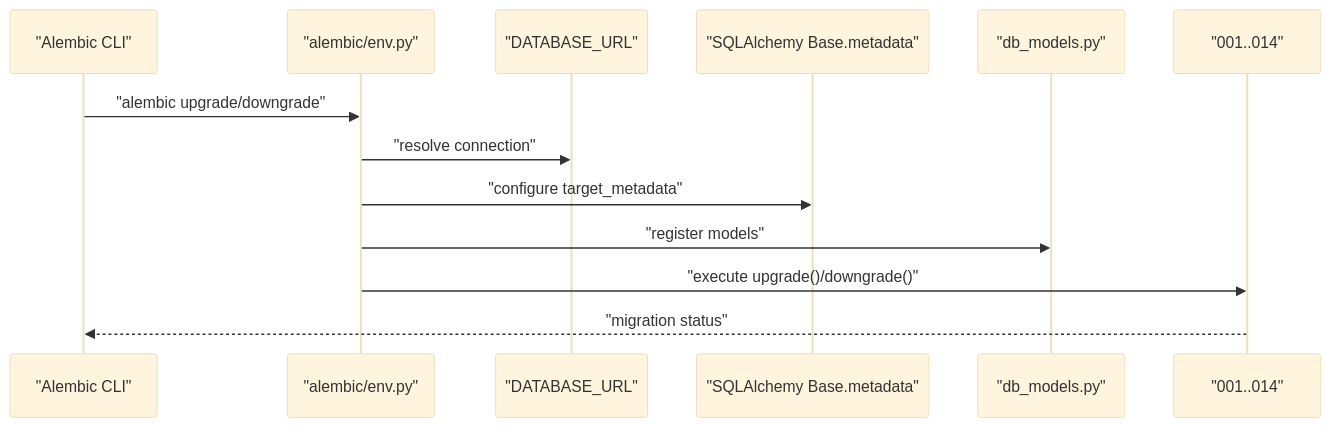
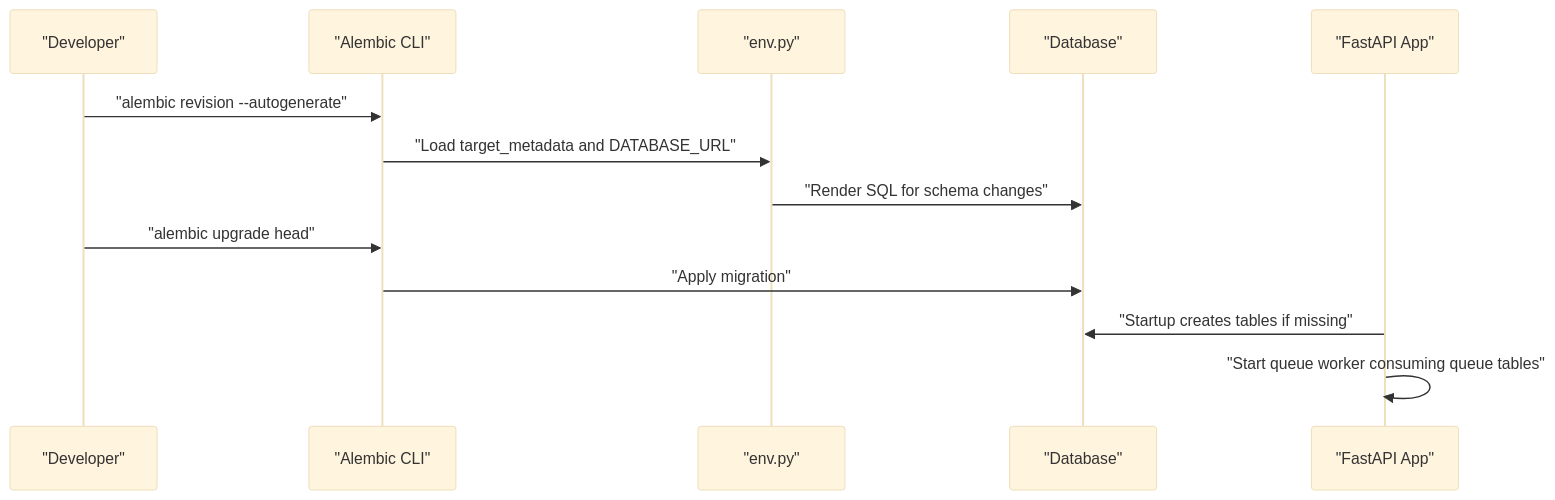
Before and after one commit to Revanththetalogics/aireume: the second of 6 diagrams in .qoder/repowiki/en/content/Database Design/Migration Management.md, drawn with Mermaid (base theme). The commit also changed other lines of this file and 15 other files, not shown here.

````diff
--- a/.qoder/repowiki/en/content/Database Design/Migration Management.md
+++ b/.qoder/repowiki/en/content/Database Design/Migration Management.md
@@ -177,15 +96,15 @@
 ```mermaid
 sequenceDiagram
-participant CLI as "Alembic CLI"
-participant Env as "alembic/env.py"
-participant DB as "DATABASE_URL"
-participant Meta as "SQLAlchemy Base.metadata"
-participant Models as "db_models.py"
-participant Versions as "001..014"
-CLI->>Env : "alembic upgrade/downgrade"
-Env->>DB : "resolve connection"
-Env->>Meta : "configure target_metadata"
-Env->>Models : "register models"
-Env->>Versions : "execute upgrade()/downgrade()"
-Versions-->>CLI : "migration status"
+participant Dev as "Developer"
+participant Alembic as "Alembic CLI"
+participant Env as "env.py"
+participant DB as "Database"
+participant App as "FastAPI App"
+Dev->>Alembic : "alembic revision --autogenerate"
+Alembic->>Env : "Load target_metadata and DATABASE_URL"
+Env->>DB : "Render SQL for schema changes"
+Dev->>Alembic : "alembic upgrade head"
+Alembic->>DB : "Apply migration"
+App->>DB : "Startup creates tables if missing"
+App->>App : "Start queue worker consuming queue tables"
 ```
````
